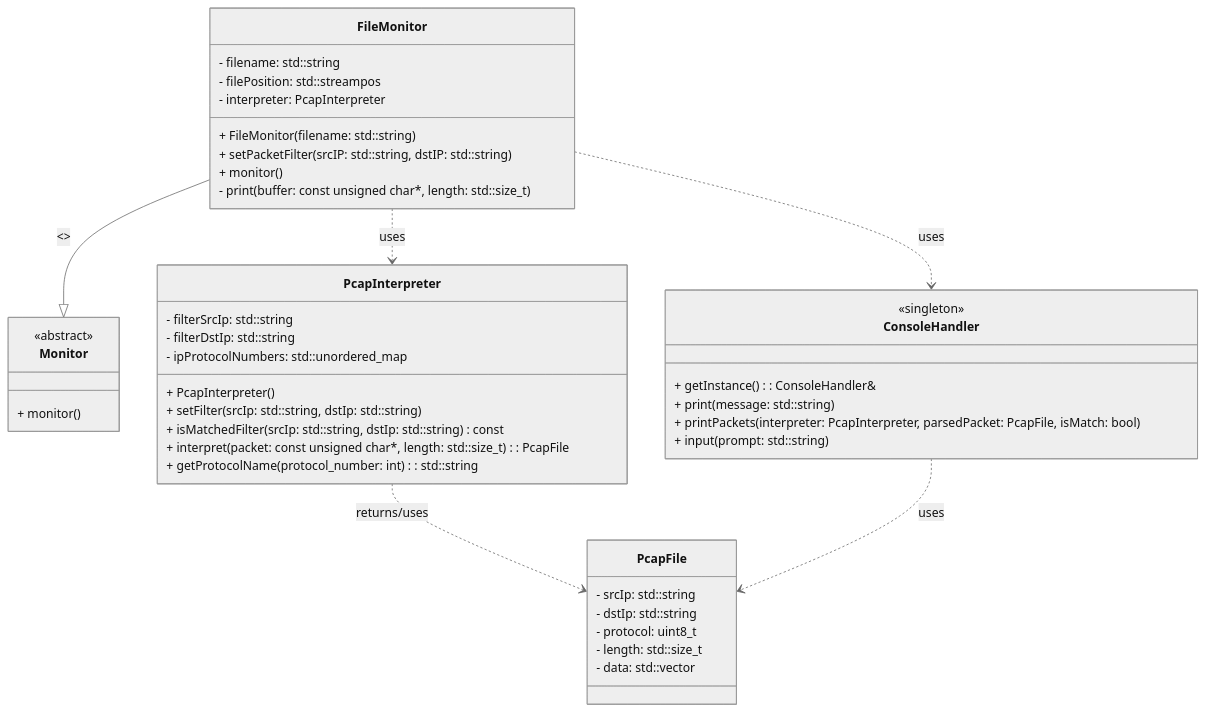
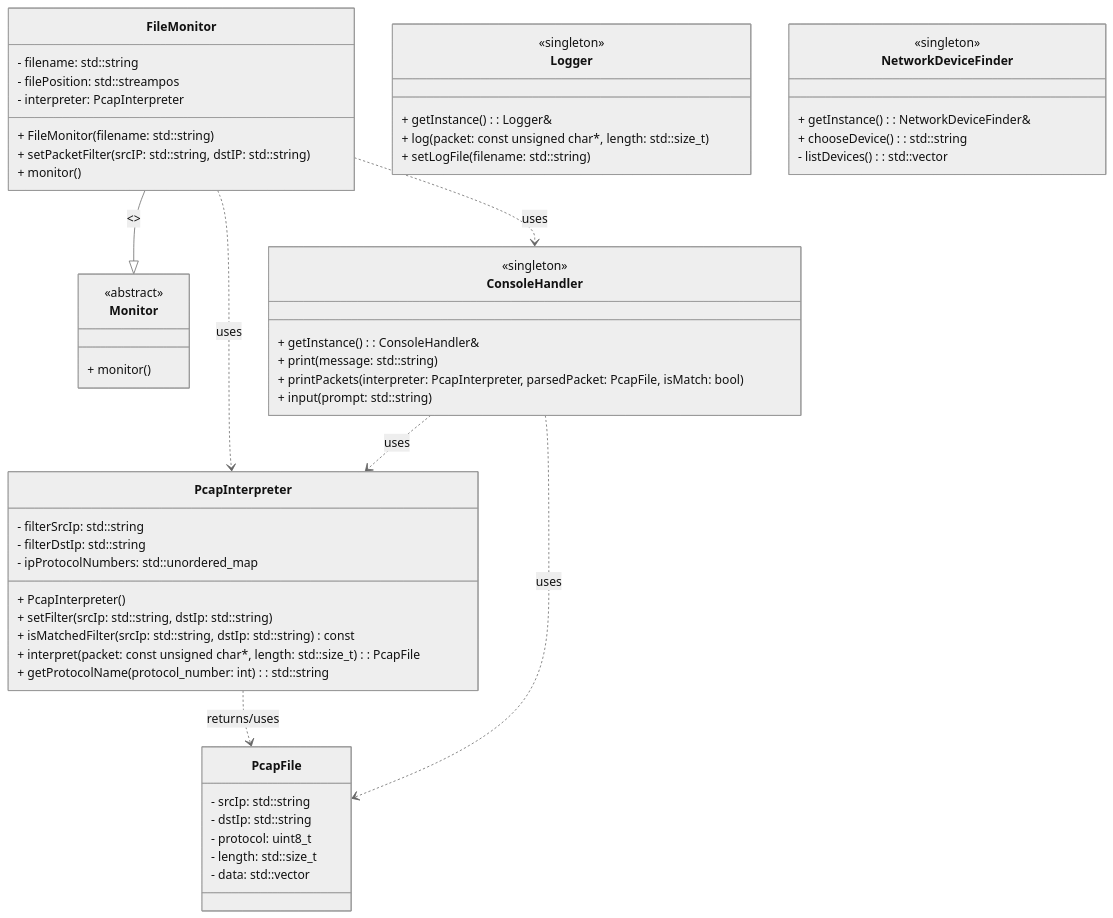
Before and after one commit to thehilmisu/cpp-networkanalyzer: the diagram in README.md, drawn with Mermaid (neutral theme). The commit also changed other lines of this file and 10 other files, not shown here.

````diff
--- a/README.md
+++ b/README.md
@@ -24,55 +21,70 @@
 ```mermaid
 classDiagram
     class FileMonitor {
         - filename: std::string
         - filePosition: std::streampos
         - interpreter: PcapInterpreter
         + FileMonitor(filename: std::string)
         + setPacketFilter(srcIP: std::string, dstIP: std::string)
         + monitor()
-        - print(buffer: const unsigned char*, length: std::size_t)
     }
-    
+
     class Monitor {
         <<abstract>>
         + monitor()
     }
     
     class PcapInterpreter {
         - filterSrcIp: std::string
         - filterDstIp: std::string
         - ipProtocolNumbers: std::unordered_map<int, std::string>
         + PcapInterpreter()
         + setFilter(srcIp: std::string, dstIp: std::string)
         + isMatchedFilter(srcIp: std::string, dstIp: std::string) const
         + interpret(packet: const unsigned char*, length: std::size_t) : PcapFile
         + getProtocolName(protocol_number: int): std::string
     }
     
     class ConsoleHandler {
         <<singleton>>
         + getInstance() : ConsoleHandler&
         + print(message: std::string)
         + printPackets(interpreter: PcapInterpreter, parsedPacket: PcapFile, isMatch: bool)
         + input(prompt: std::string)
     }
-    
+
     class PcapFile {
         - srcIp: std::string
         - dstIp: std::string
         - protocol: uint8_t
         - length: std::size_t
         - data: std::vector<unsigned char>
+    }
+    
+    class Logger {
+        <<singleton>>
+        + getInstance() : Logger&
+        + log(packet: const unsigned char*, length: std::size_t)
+        + setLogFile(filename: std::string)
+    }
+
+    class NetworkDeviceFinder {
+        <<singleton>>
+        + getInstance() : NetworkDeviceFinder&
+        + chooseDevice() : std::string
+        - listDevices() : std::vector<std::string>
     }
 
     %% Inheritance
     FileMonitor --|> Monitor : <<inherits>>
 
     %% Usage relationships
     FileMonitor ..> PcapInterpreter : uses
     FileMonitor ..> ConsoleHandler : uses
     PcapInterpreter ..> PcapFile : returns/uses
     ConsoleHandler ..> PcapFile : uses
+    ConsoleHandler ..> PcapInterpreter : uses
+
 
 
 ```
````
